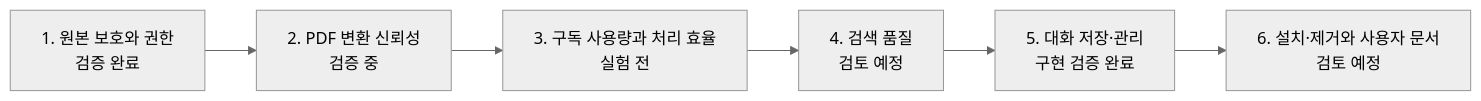
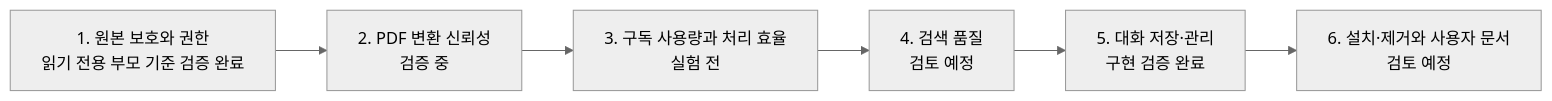
Before and after one commit to LWH4Data/research-agent: the diagram in docs/technical/ROADMAP.md, drawn with Mermaid (neutral theme). The commit also changed other lines of this file and 39 other files, not shown here.

````diff
--- a/docs/technical/ROADMAP.md
+++ b/docs/technical/ROADMAP.md
@@ -12,8 +12,8 @@
 ```mermaid
 flowchart LR
-    M1[1. 원본 보호와 권한<br/>검증 완료] --> M2[2. PDF 변환 신뢰성<br/>검증 중]
+    M1[1. 원본 보호와 권한<br/>읽기 전용 부모 기준 검증 완료] --> M2[2. PDF 변환 신뢰성<br/>검증 중]
     M2 --> M3[3. 구독 사용량과 처리 효율<br/>실험 전]
     M3 --> M4[4. 검색 품질<br/>검토 예정]
     M4 --> M5[5. 대화 저장·관리<br/>구현 검증 완료]
     M5 --> M6[6. 설치·제거와 사용자 문서<br/>검토 예정]
 ```
````
